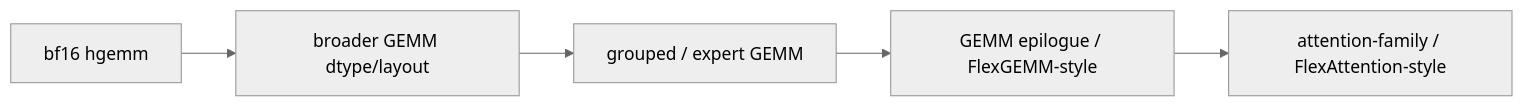
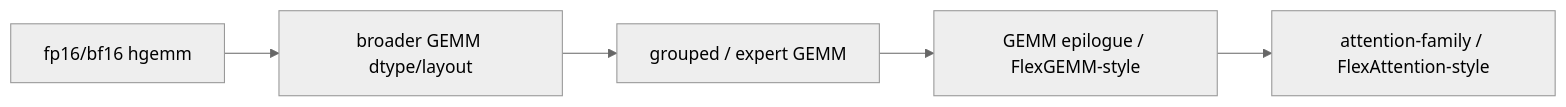
One commit to XiaobingSuper/FlyDSL changed the eighth of 8 diagrams in docs/pytorch_integration_rfc.md. Above: the diagram before and after it, drawn with Mermaid (neutral theme). The commit also changed other lines of this file, not shown here.

````diff
--- a/docs/pytorch_integration_rfc.md
+++ b/docs/pytorch_integration_rfc.md
@@ -376,7 +375,7 @@
 ```mermaid
 flowchart LR
-    A["bf16 hgemm"] --> B["broader GEMM dtype/layout"]
+    A["fp16/bf16 hgemm"] --> B["broader GEMM dtype/layout"]
     B --> C["grouped / expert GEMM"]
     C --> D["GEMM epilogue / FlexGEMM-style"]
     D --> E["attention-family / FlexAttention-style"]
 ```
````
